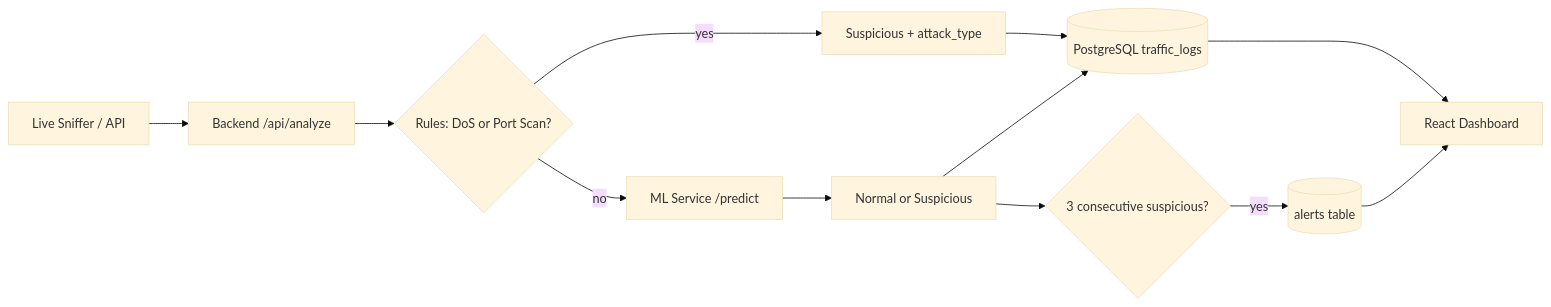
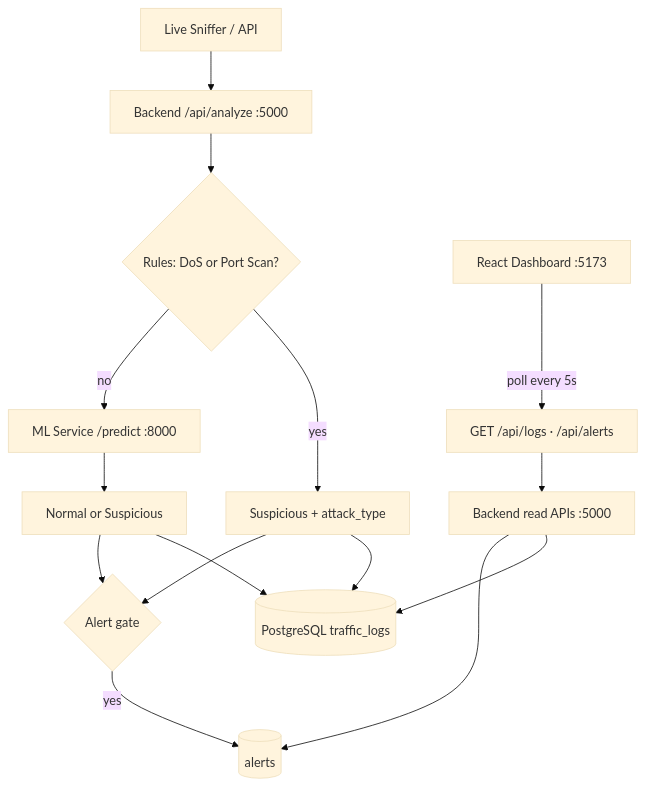
One commit to habibullahturkmen/netguard-ai changed the diagram in docs/NetGuard-AI-Presentation.md. Above: the diagram before and after it, drawn with Mermaid (base theme). The commit also changed other lines of this file and 6 other files, not shown here.

Commit message:
fix - architecture slides and docs improved

````diff
--- a/docs/NetGuard-AI-Presentation.md
+++ b/docs/NetGuard-AI-Presentation.md
@@ -120,14 +122,17 @@
 ```mermaid
-flowchart LR
-  A[Live Sniffer / API] --> B[Backend /api/analyze]
+flowchart TB
+  A[Live Sniffer / API] --> B[Backend /api/analyze :5000]
   B --> C{Rules: DoS or Port Scan?}
   C -->|yes| D[Suspicious + attack_type]
-  C -->|no| E[ML Service /predict]
+  C -->|no| E[ML Service /predict :8000]
   E --> F[Normal or Suspicious]
   D --> G[(PostgreSQL traffic_logs)]
   F --> G
-  F --> H{3 consecutive suspicious?}
-  H -->|yes| I[(alerts table)]
-  G --> J[React Dashboard]
-  I --> J
+  D --> H{Alert gate}
+  F --> H
+  H -->|yes| I[(alerts)]
+  J[React Dashboard :5173] -->|poll every 5s| K[GET /api/logs · /api/alerts]
+  K --> L[Backend read APIs :5000]
+  L --> G
+  L --> I
 ```
````
